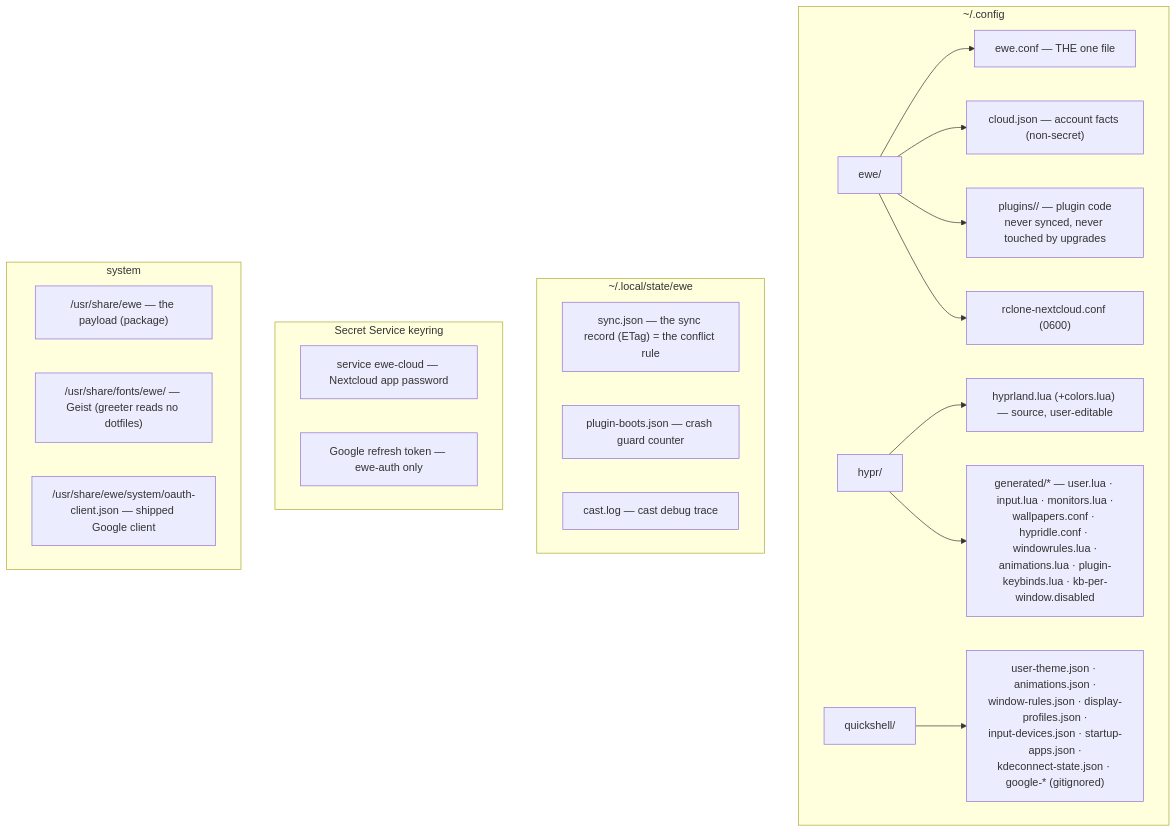
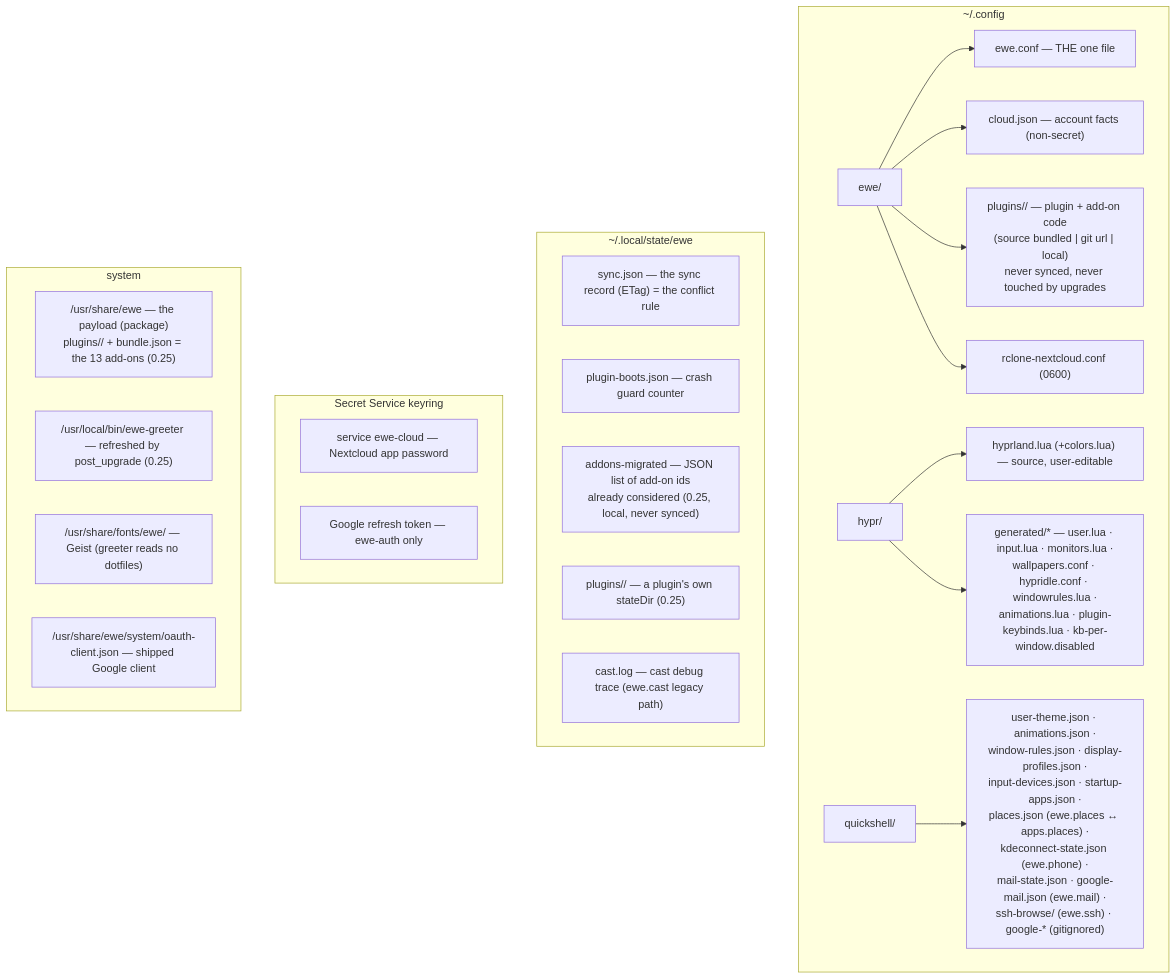
One commit to prj786/ewe-map changed the diagram in 12-Reference/Storage Map.md. Above: the diagram before and after it, drawn with Mermaid. The commit also changed other lines of this file and 9 other files, not shown here.

Commit message:
contracts + reference: Shell API, core vs add-on IPC targets, storage owners, Quick Answers for add-ons, keymap, CLI; ewe-facts.json 0.25 add-ons facts; check-facts accepts an in-progress <key>_next version

````diff
--- a/12-Reference/Storage Map.md
+++ b/12-Reference/Storage Map.md
@@ -14,26 +14,29 @@
 ```mermaid
 flowchart TB
     subgraph CFG["~/.config"]
         EWE["ewe/"] --> CONF["ewe.conf — THE one file"]
         EWE --> CLOUD["cloud.json — account facts (non-secret)"]
-        EWE --> PLUGS["plugins/<id>/ — plugin code<br/>never synced, never touched by upgrades"]
+        EWE --> PLUGS["plugins/<id>/ — plugin + add-on code<br/>(source bundled | git url | local)<br/>never synced, never touched by upgrades"]
         EWE --> RCLONE["rclone-nextcloud.conf (0600)"]
         HYPR["hypr/"] --> HYPRLUA["hyprland.lua (+colors.lua) — source, user-editable"]
         HYPR --> GEN["generated/* — user.lua · input.lua · monitors.lua ·<br/>wallpapers.conf · hypridle.conf · windowrules.lua ·<br/>animations.lua · plugin-keybinds.lua · kb-per-window.disabled"]
-        QS["quickshell/"] --> QSJ["user-theme.json · animations.json ·<br/>window-rules.json · display-profiles.json ·<br/>input-devices.json · startup-apps.json ·<br/>kdeconnect-state.json · google-* (gitignored)"]
+        QS["quickshell/"] --> QSJ["user-theme.json · animations.json ·<br/>window-rules.json · display-profiles.json ·<br/>input-devices.json · startup-apps.json ·<br/>places.json (ewe.places ↔ apps.places) ·<br/>kdeconnect-state.json (ewe.phone) ·<br/>mail-state.json · google-mail.json (ewe.mail) ·<br/>ssh-browse/ (ewe.ssh) · google-* (gitignored)"]
     end
     subgraph STATE["~/.local/state/ewe"]
         SYNC["sync.json — the sync record (ETag) = the conflict rule"]
         BOOTS["plugin-boots.json — crash guard counter"]
-        CAST["cast.log — cast debug trace"]
+        MIGR["addons-migrated — JSON list of add-on ids<br/>already considered (0.25, local, never synced)"]
+        PSTATE["plugins/<id>/ — a plugin's own stateDir (0.25)"]
+        CAST["cast.log — cast debug trace (ewe.cast legacy path)"]
     end
     subgraph KEYRING["Secret Service keyring"]
         KC["service ewe-cloud — Nextcloud app password"]
         KG["Google refresh token — ewe-auth only"]
     end
     subgraph SYSTEM["system"]
-        PAY["/usr/share/ewe — the payload (package)"]
+        PAY["/usr/share/ewe — the payload (package)<br/>plugins/<id>/ + bundle.json = the 13 add-ons (0.25)"]
+        GREET["/usr/local/bin/ewe-greeter — refreshed by post_upgrade (0.25)"]
         FONTS["/usr/share/fonts/ewe/ — Geist (greeter reads no dotfiles)"]
         OAUTH["/usr/share/ewe/system/oauth-client.json — shipped Google client"]
     end
 ```
````
